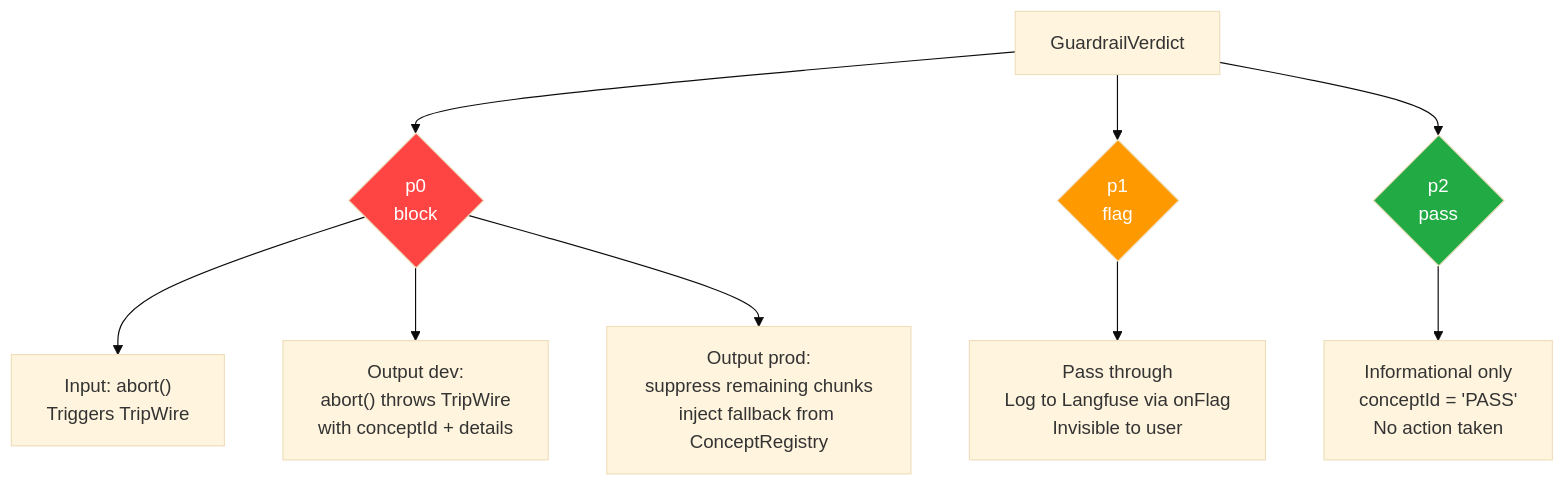
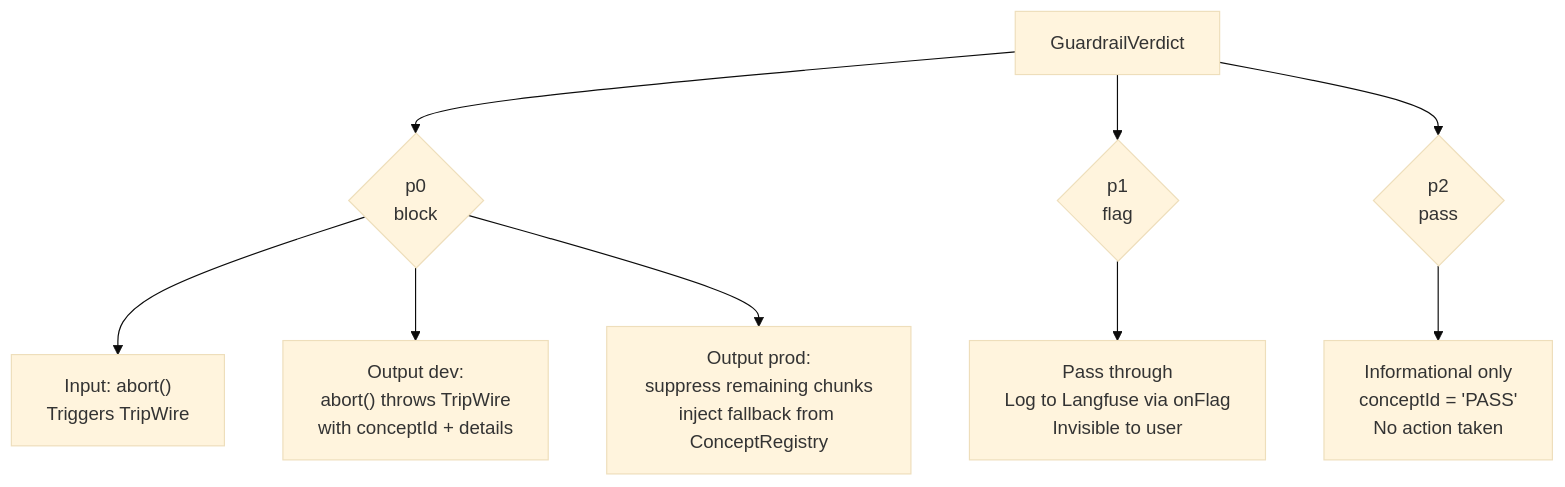
Before and after one commit to 1qh/safeagent: the second of 19 diagrams in plan/guardrails.md, drawn with Mermaid (base theme). The commit also changed other lines of this file and 43 other files, not shown here.

Commit message:
Phase 3 compression: strip non-semantic separators and Mermaid style metadata

````diff
--- a/plan/guardrails.md
+++ b/plan/guardrails.md
@@ -97,20 +91,17 @@
 ```mermaid
 flowchart TD
     VERDICT["GuardrailVerdict"]
-    
+
     VERDICT --> PRIORITY_BLOCK{"p0\nblock"}
     VERDICT --> PRIORITY_FLAG{"p1\nflag"}
     VERDICT --> PRIORITY_PASS{"p2\npass"}
 
     PRIORITY_BLOCK --> PRIORITY_BLOCK_IN["Input: abort()\nTriggers TripWire"]
     PRIORITY_BLOCK --> PRIORITY_BLOCK_OUT_DEV["Output dev:\nabort() throws TripWire\nwith conceptId + details"]
     PRIORITY_BLOCK --> PRIORITY_BLOCK_OUT_PROD["Output prod:\nsuppress remaining chunks\ninject fallback from ConceptRegistry"]
 
     PRIORITY_FLAG --> PRIORITY_FLAG_ACTION["Pass through\nLog to Langfuse via onFlag\nInvisible to user"]
 
     PRIORITY_PASS --> PRIORITY_PASS_ACTION["Informational only\nconceptId = 'PASS'\nNo action taken"]
 
-    style PRIORITY_BLOCK fill:#ff4444,color:#fff
-    style PRIORITY_FLAG fill:#ff9900,color:#fff
-    style PRIORITY_PASS fill:#22aa44,color:#fff
 ```
````
